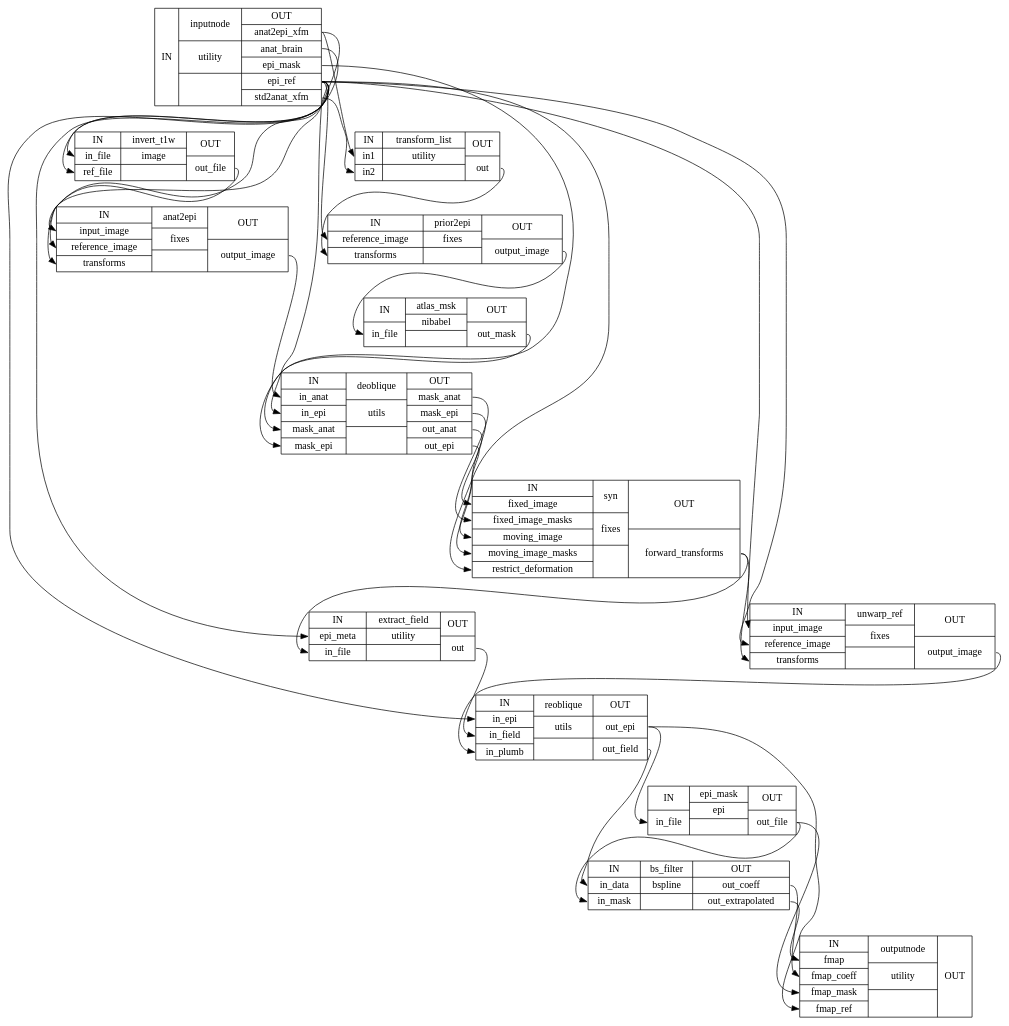
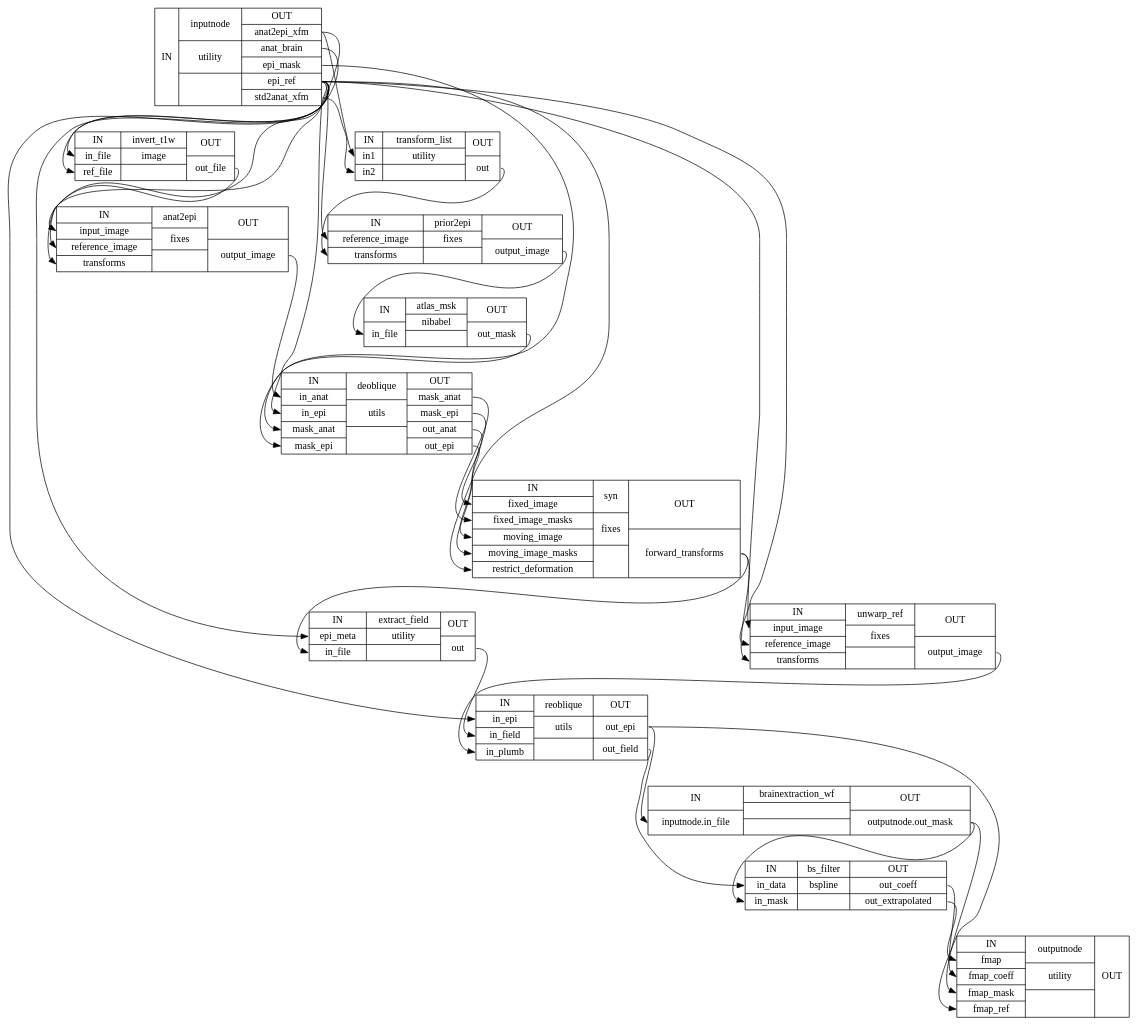
Before and after one commit to wayne009007/sdcflows: the diagram in 2.0.0rc3/wf_directive/api/syn_sdc_wf/sdcflows-workflows-fit-syn-1_detailed.dot, drawn with Graphviz. The commit also changed 3168 other files, not shown here.

```diff
--- a/2.0.0rc3/wf_directive/api/syn_sdc_wf/sdcflows-workflows-fit-syn-1_detailed.dot
+++ b/2.0.0rc3/wf_directive/api/syn_sdc_wf/sdcflows-workflows-fit-syn-1_detailed.dot
@@ -1,51 +1,51 @@
 digraph structs {
 node [shape=record];
 syn_sdc_wfinputnode [label="{IN}|{ inputnode | utility |  }|{OUT|<outanat2epixfm> anat2epi_xfm|<outanatbrain> anat_brain|<outepimask> epi_mask|<outepiref> epi_ref|<outstd2anatxfm> std2anat_xfm}"];
 syn_sdc_wfinvert_t1w [label="{IN|<ininfile> in_file|<inreffile> ref_file}|{ invert_t1w | image |  }|{OUT|<outoutfile> out_file}"];
 syn_sdc_wfanat2epi [label="{IN|<ininputimage> input_image|<inreferenceimage> reference_image|<intransforms> transforms}|{ anat2epi | fixes |  }|{OUT|<outoutputimage> output_image}"];
 syn_sdc_wftransform_list [label="{IN|<inin1> in1|<inin2> in2}|{ transform_list | utility |  }|{OUT|<outout> out}"];
 syn_sdc_wfprior2epi [label="{IN|<inreferenceimage> reference_image|<intransforms> transforms}|{ prior2epi | fixes |  }|{OUT|<outoutputimage> output_image}"];
 syn_sdc_wfatlas_msk [label="{IN|<ininfile> in_file}|{ atlas_msk | nibabel |  }|{OUT|<outoutmask> out_mask}"];
 syn_sdc_wfdeoblique [label="{IN|<ininanat> in_anat|<ininepi> in_epi|<inmaskanat> mask_anat|<inmaskepi> mask_epi}|{ deoblique | utils |  }|{OUT|<outmaskanat> mask_anat|<outmaskepi> mask_epi|<outoutanat> out_anat|<outoutepi> out_epi}"];
 syn_sdc_wfsyn [label="{IN|<infixedimage> fixed_image|<infixedimagemasks> fixed_image_masks|<inmovingimage> moving_image|<inmovingimagemasks> moving_image_masks|<inrestrictdeformation> restrict_deformation}|{ syn | fixes |  }|{OUT|<outforwardtransforms> forward_transforms}"];
 syn_sdc_wfunwarp_ref [label="{IN|<ininputimage> input_image|<inreferenceimage> reference_image|<intransforms> transforms}|{ unwarp_ref | fixes |  }|{OUT|<outoutputimage> output_image}"];
 syn_sdc_wfextract_field [label="{IN|<inepimeta> epi_meta|<ininfile> in_file}|{ extract_field | utility |  }|{OUT|<outout> out}"];
 syn_sdc_wfreoblique [label="{IN|<ininepi> in_epi|<ininfield> in_field|<ininplumb> in_plumb}|{ reoblique | utils |  }|{OUT|<outoutepi> out_epi|<outoutfield> out_field}"];
-syn_sdc_wfepi_mask [label="{IN|<ininfile> in_file}|{ epi_mask | epi |  }|{OUT|<outoutfile> out_file}"];
+syn_sdc_wfbrainextraction_wf [label="{IN|<ininputnodeinfile> inputnode.in_file}|{ brainextraction_wf |  |  }|{OUT|<outoutputnodeoutmask> outputnode.out_mask}"];
 syn_sdc_wfbs_filter [label="{IN|<inindata> in_data|<ininmask> in_mask}|{ bs_filter | bspline |  }|{OUT|<outoutcoeff> out_coeff|<outoutextrapolated> out_extrapolated}"];
 syn_sdc_wfoutputnode [label="{IN|<infmap> fmap|<infmapcoeff> fmap_coeff|<infmapmask> fmap_mask|<infmapref> fmap_ref}|{ outputnode | utility |  }|{OUT}"];
 syn_sdc_wfanat2epi:outoutputimage:e -> syn_sdc_wfdeoblique:ininanat:w;
 syn_sdc_wfatlas_msk:outoutmask:e -> syn_sdc_wfdeoblique:inmaskanat:w;
+syn_sdc_wfbrainextraction_wf:outoutputnodeoutmask:e -> syn_sdc_wfbs_filter:ininmask:w;
+syn_sdc_wfbrainextraction_wf:outoutputnodeoutmask:e -> syn_sdc_wfoutputnode:infmapmask:w;
 syn_sdc_wfbs_filter:outoutcoeff:e -> syn_sdc_wfoutputnode:infmapcoeff:w;
 syn_sdc_wfbs_filter:outoutextrapolated:e -> syn_sdc_wfoutputnode:infmap:w;
 syn_sdc_wfdeoblique:outmaskanat:e -> syn_sdc_wfsyn:infixedimagemasks:w;
 syn_sdc_wfdeoblique:outmaskepi:e -> syn_sdc_wfsyn:inmovingimagemasks:w;
 syn_sdc_wfdeoblique:outoutanat:e -> syn_sdc_wfsyn:infixedimage:w;
 syn_sdc_wfdeoblique:outoutepi:e -> syn_sdc_wfsyn:inmovingimage:w;
-syn_sdc_wfepi_mask:outoutfile:e -> syn_sdc_wfbs_filter:ininmask:w;
-syn_sdc_wfepi_mask:outoutfile:e -> syn_sdc_wfoutputnode:infmapmask:w;
 syn_sdc_wfextract_field:outout:e -> syn_sdc_wfreoblique:ininfield:w;
 syn_sdc_wfinputnode:outanat2epixfm:e -> syn_sdc_wfanat2epi:intransforms:w;
 syn_sdc_wfinputnode:outanat2epixfm:e -> syn_sdc_wftransform_list:inin1:w;
 syn_sdc_wfinputnode:outanatbrain:e -> syn_sdc_wfinvert_t1w:ininfile:w;
 syn_sdc_wfinputnode:outepimask:e -> syn_sdc_wfdeoblique:inmaskepi:w;
 syn_sdc_wfinputnode:outepiref:e -> syn_sdc_wfanat2epi:inreferenceimage:w;
 syn_sdc_wfinputnode:outepiref:e -> syn_sdc_wfdeoblique:ininepi:w;
 syn_sdc_wfinputnode:outepiref:e -> syn_sdc_wfextract_field:inepimeta:w;
 syn_sdc_wfinputnode:outepiref:e -> syn_sdc_wfinvert_t1w:inreffile:w;
 syn_sdc_wfinputnode:outepiref:e -> syn_sdc_wfprior2epi:inreferenceimage:w;
 syn_sdc_wfinputnode:outepiref:e -> syn_sdc_wfreoblique:ininepi:w;
 syn_sdc_wfinputnode:outepiref:e -> syn_sdc_wfsyn:inrestrictdeformation:w;
 syn_sdc_wfinputnode:outepiref:e -> syn_sdc_wfunwarp_ref:ininputimage:w;
 syn_sdc_wfinputnode:outepiref:e -> syn_sdc_wfunwarp_ref:inreferenceimage:w;
 syn_sdc_wfinputnode:outstd2anatxfm:e -> syn_sdc_wftransform_list:inin2:w;
 syn_sdc_wfinvert_t1w:outoutfile:e -> syn_sdc_wfanat2epi:ininputimage:w;
 syn_sdc_wfprior2epi:outoutputimage:e -> syn_sdc_wfatlas_msk:ininfile:w;
-syn_sdc_wfreoblique:outoutepi:e -> syn_sdc_wfepi_mask:ininfile:w;
+syn_sdc_wfreoblique:outoutepi:e -> syn_sdc_wfbrainextraction_wf:ininputnodeinfile:w;
 syn_sdc_wfreoblique:outoutepi:e -> syn_sdc_wfoutputnode:infmapref:w;
 syn_sdc_wfreoblique:outoutfield:e -> syn_sdc_wfbs_filter:inindata:w;
 syn_sdc_wfsyn:outforwardtransforms:e -> syn_sdc_wfextract_field:ininfile:w;
 syn_sdc_wfsyn:outforwardtransforms:e -> syn_sdc_wfunwarp_ref:intransforms:w;
 syn_sdc_wftransform_list:outout:e -> syn_sdc_wfprior2epi:intransforms:w;
 syn_sdc_wfunwarp_ref:outoutputimage:e -> syn_sdc_wfreoblique:ininplumb:w;
 }
```
